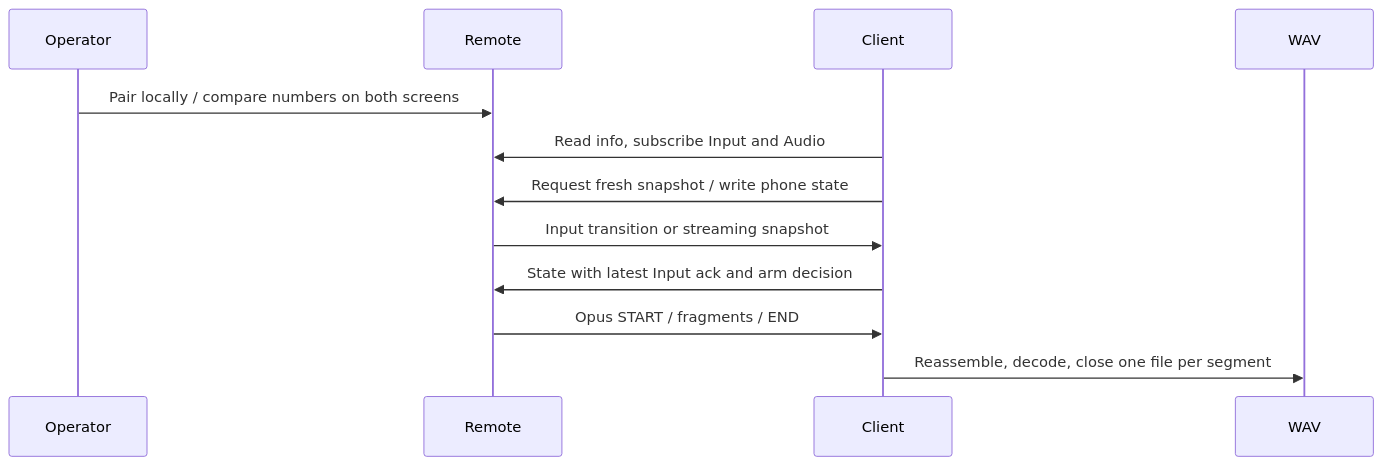
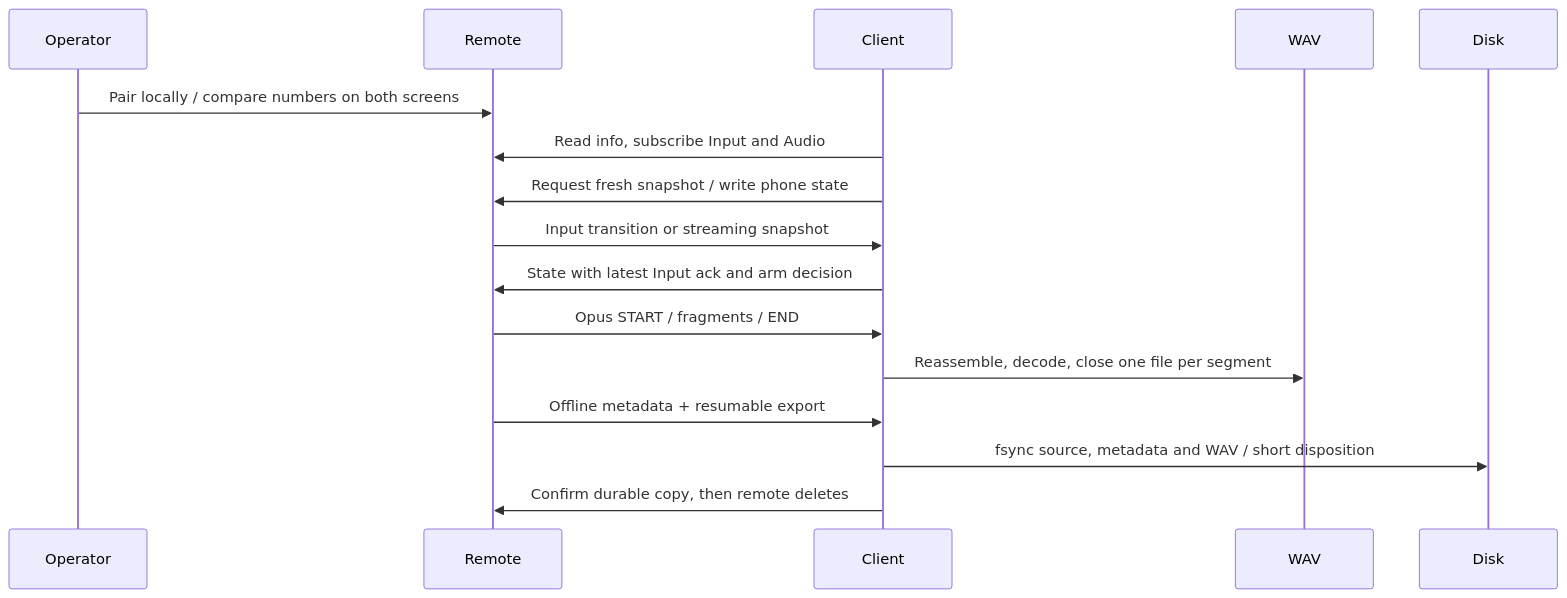
One commit to Harwasch/voiceremote changed the diagram in FW/tools/ble_client/README.md. Above: the diagram before and after it, drawn with Mermaid. The commit also changed other lines of this file and 58 other files, not shown here.

````diff
--- a/FW/tools/ble_client/README.md
+++ b/FW/tools/ble_client/README.md
@@ -3,10 +3,13 @@
 ```mermaid
 sequenceDiagram
     Operator->>Remote: Pair locally / compare numbers on both screens
     Client->>Remote: Read info, subscribe Input and Audio
     Client->>Remote: Request fresh snapshot / write phone state
     Remote->>Client: Input transition or streaming snapshot
     Client->>Remote: State with latest Input ack and arm decision
     Remote->>Client: Opus START / fragments / END
     Client->>WAV: Reassemble, decode, close one file per segment
+    Remote->>Client: Offline metadata + resumable export
+    Client->>Disk: fsync source, metadata and WAV / short disposition
+    Client->>Remote: Confirm durable copy, then remote deletes
 ```
````
